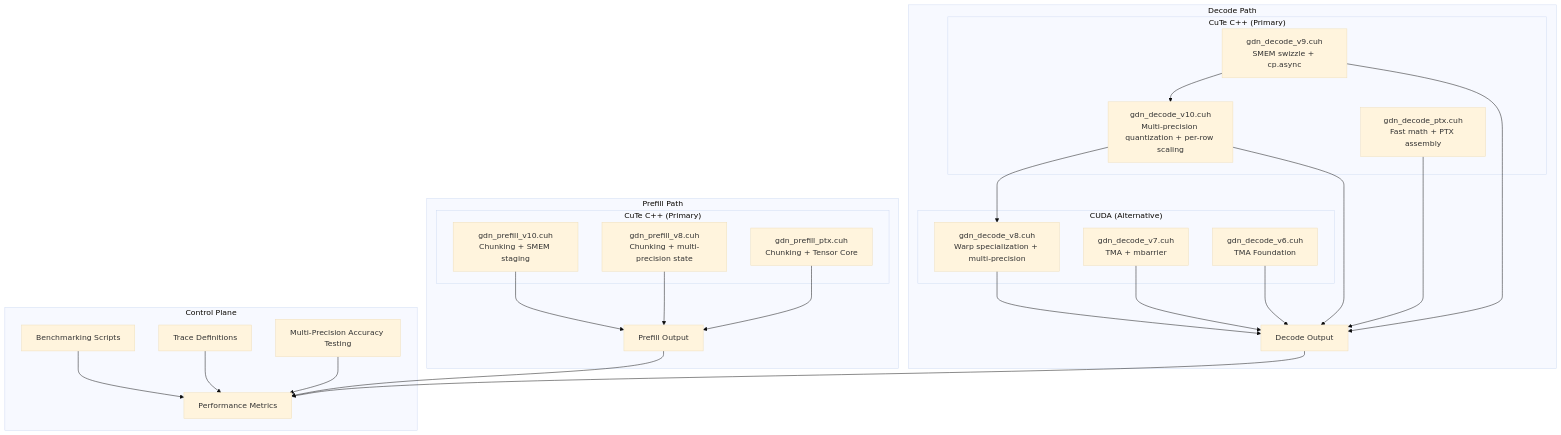
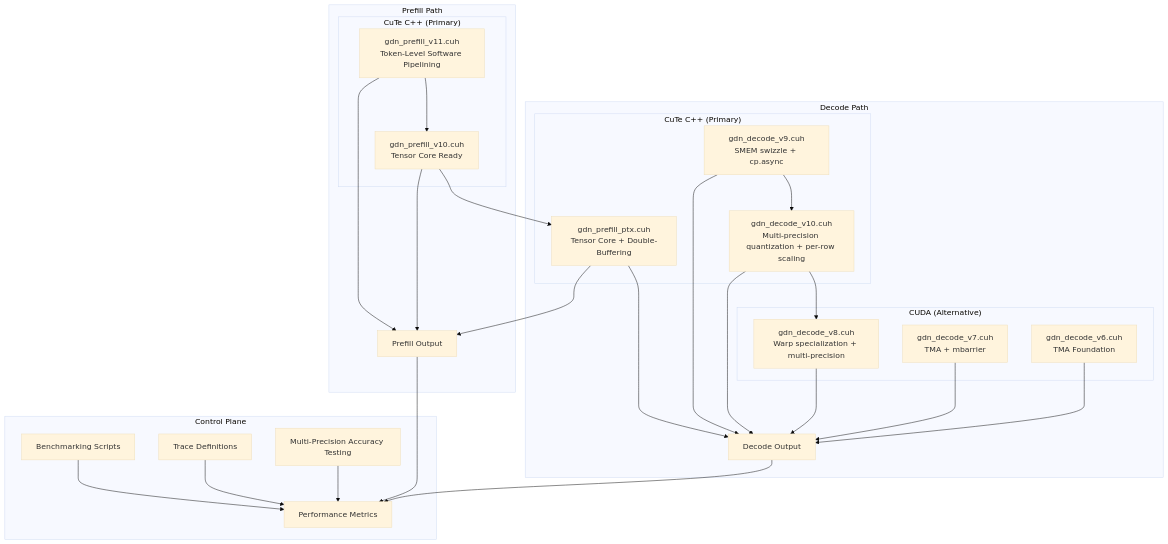
The second of 8 diagrams in .qoder/repowiki/en/content/Optimization Strategies/Optimization Tracking Log.md (gugudeshubao/flashinfer-bench-tma-thrust), drawn with Mermaid (base theme) before and after one commit. The commit also changed other lines of this file and 19 other files, not shown here.

````diff
--- a/.qoder/repowiki/en/content/Optimization Strategies/Optimization Tracking Log.md
+++ b/.qoder/repowiki/en/content/Optimization Strategies/Optimization Tracking Log.md
@@ -155,43 +154,44 @@
 ```mermaid
 graph TB
 subgraph "Decode Path"
 subgraph "CuTe C++ (Primary)"
 D9["gdn_decode_v9.cuh<br/>SMEM swizzle + cp.async"]
 D10["gdn_decode_v10.cuh<br/>Multi-precision quantization + per-row scaling"]
 P9["gdn_decode_ptx.cuh<br/>Fast math + PTX assembly"]
 end
 subgraph "CUDA (Alternative)"
 D8["gdn_decode_v8.cuh<br/>Warp specialization + multi-precision"]
 D7["gdn_decode_v7.cuh<br/>TMA + mbarrier"]
 D6["gdn_decode_v6.cuh<br/>TMA Foundation"]
 end
 D9 --> D10 --> D8
 D9 --> D9_OUT["Decode Output"]
 D10 --> D9_OUT
 D8 --> D9_OUT
 P9 --> D9_OUT
 D7 --> D9_OUT
 D6 --> D9_OUT
 end
 subgraph "Prefill Path"
 subgraph "CuTe C++ (Primary)"
-P9V["gdn_prefill_v10.cuh<br/>Chunking + SMEM staging"]
-P8V["gdn_prefill_v8.cuh<br/>Chunking + multi-precision state"]
-P9PV["gdn_prefill_ptx.cuh<br/>Chunking + Tensor Core"]
+P11["gdn_prefill_v11.cuh<br/>Token-Level Software Pipelining"]
+P10["gdn_prefill_v10.cuh<br/>Tensor Core Ready"]
+P9["gdn_prefill_ptx.cuh<br/>Tensor Core + Double-Buffering"]
 end
-P9V --> P9V_OUT["Prefill Output"]
-P8V --> P9V_OUT
-P9PV --> P9V_OUT
+P11 --> P10 --> P9
+P11 --> P11_OUT["Prefill Output"]
+P10 --> P11_OUT
+P9 --> P11_OUT
 end
 subgraph "Control Plane"
 BENCH["Benchmarking Scripts"]
 TRACE["Trace Definitions"]
 PERF["Performance Metrics"]
 TEST["Multi-Precision Accuracy Testing"]
 end
 D9_OUT --> PERF
-P9V_OUT --> PERF
+P11_OUT --> PERF
 BENCH --> PERF
 TRACE --> PERF
 TEST --> PERF
 ```
````
